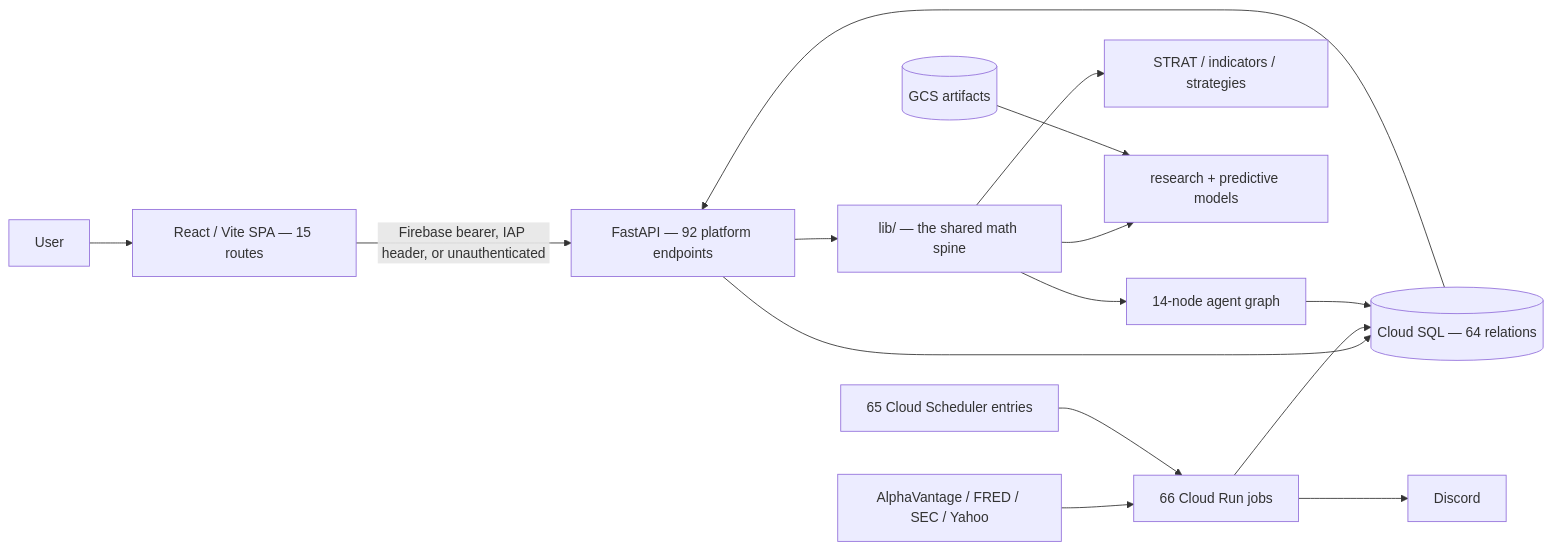
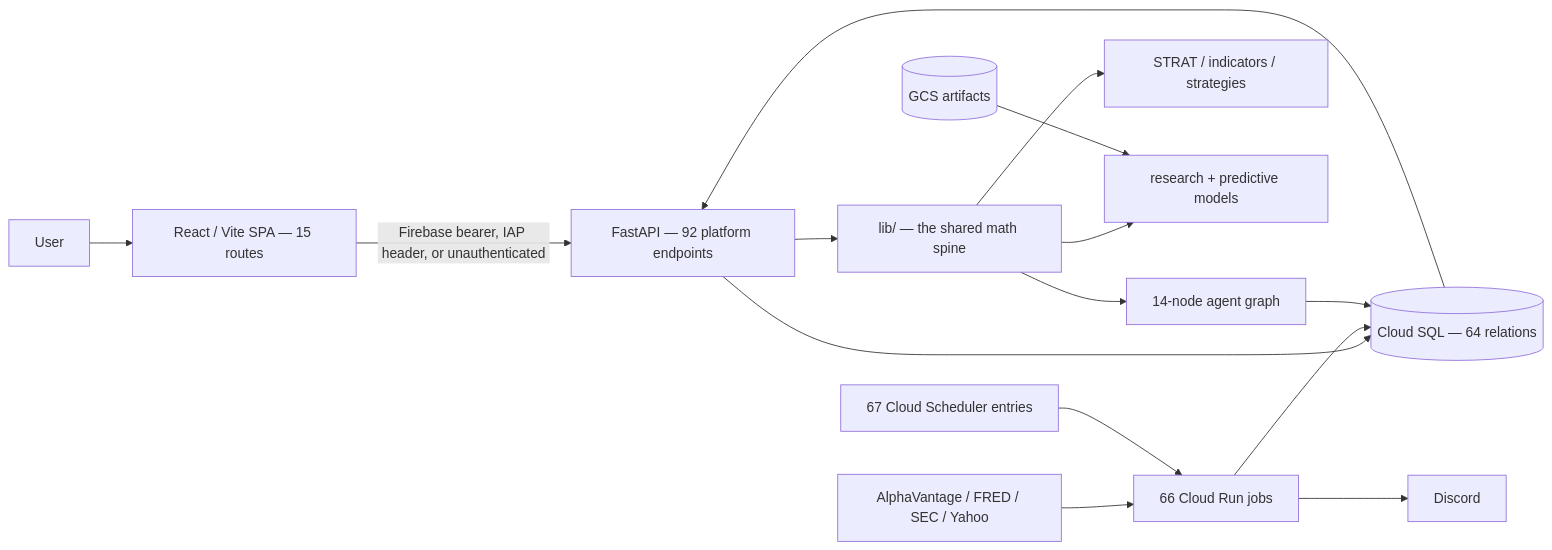
Before and after one commit to TeneikaAskew/stocks: the first of 2 diagrams in docs/product/00-PRODUCT-OVERVIEW.md, drawn with Mermaid. The commit also changed other lines of this file and 8 other files, not shown here.

First line of the commit message:
docs: scheduler count is 67 after the two premarket late entries (#2125)

````diff
--- a/docs/product/00-PRODUCT-OVERVIEW.md
+++ b/docs/product/00-PRODUCT-OVERVIEW.md
@@ -39,17 +39,17 @@
 ```mermaid
 flowchart LR
  U[User] --> WEB[React / Vite SPA — 15 routes]
  WEB -->|Firebase bearer, IAP header, or unauthenticated| API[FastAPI — 92 platform endpoints]
  API --> LIB[lib/ — the shared math spine]
  API --> DB[(Cloud SQL — 64 relations)]
  SRC[AlphaVantage / FRED / SEC / Yahoo] --> JOBS[66 Cloud Run jobs]
- SCH[65 Cloud Scheduler entries] --> JOBS
+ SCH[67 Cloud Scheduler entries] --> JOBS
  JOBS --> DB
  LIB --> RULES[STRAT / indicators / strategies]
  LIB --> ML[research + predictive models]
  LIB --> LLM[14-node agent graph]
  LLM --> DB
  JOBS --> DISCORD[Discord]
  DB --> API
  GCS[(GCS artifacts)] --> ML
 ```
````
